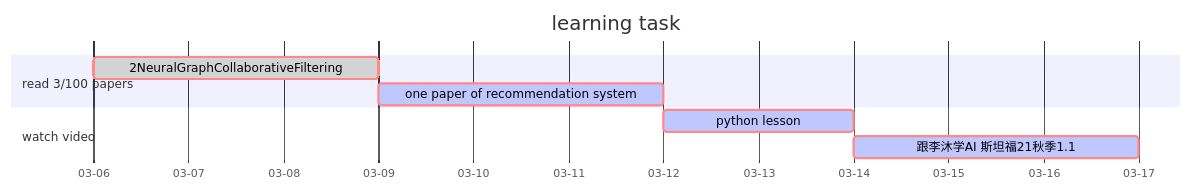
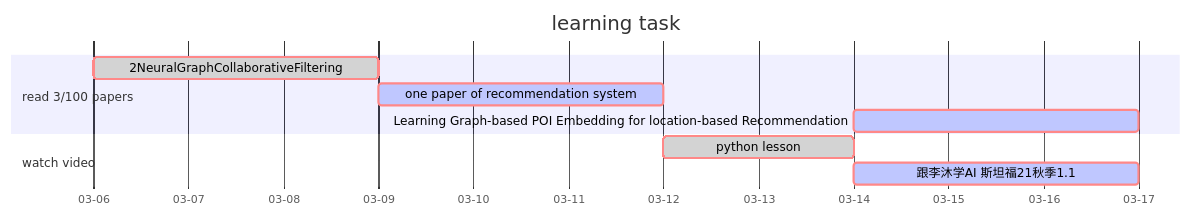
The diagram in README.md (youareeverysingleday/MachineLearningAssignments), drawn with Mermaid before and after one commit. The commit also changed 1 other file, not shown here.

Commit message:
update translation of predict location paper on 20220314 AM.

````diff
--- a/README.md
+++ b/README.md
@@ -12,15 +12,16 @@
 ```mermaid
 gantt
     title learning task
     dateFormat YYYY-MM-DD
     %% (`excludes` accepts specific dates in YYYY-MM-DD format, days of the week ("sunday") or "weekends", but not the word "weekdays".)
     axisFormat %m-%d
 
     section read 3/100 papers
     2NeuralGraphCollaborativeFiltering :crit, done, rp1, 2022-03-06 , 3d
     one paper of recommendation system :crit, active, rp2, after rp1, 3d
+    Learning Graph-based POI Embedding for location-based Recommendation: crit, active, rpPL1, 2022-03-14, 3d
 
     section watch video
-    python lesson:crit, active, wv1, after rp2, 2d
+    python lesson:crit, done, wv1, after rp2, 2d
     跟李沐学AI 斯坦福21秋季1.1:crit, active, wv2, after wv1, 3d
 ```
````
